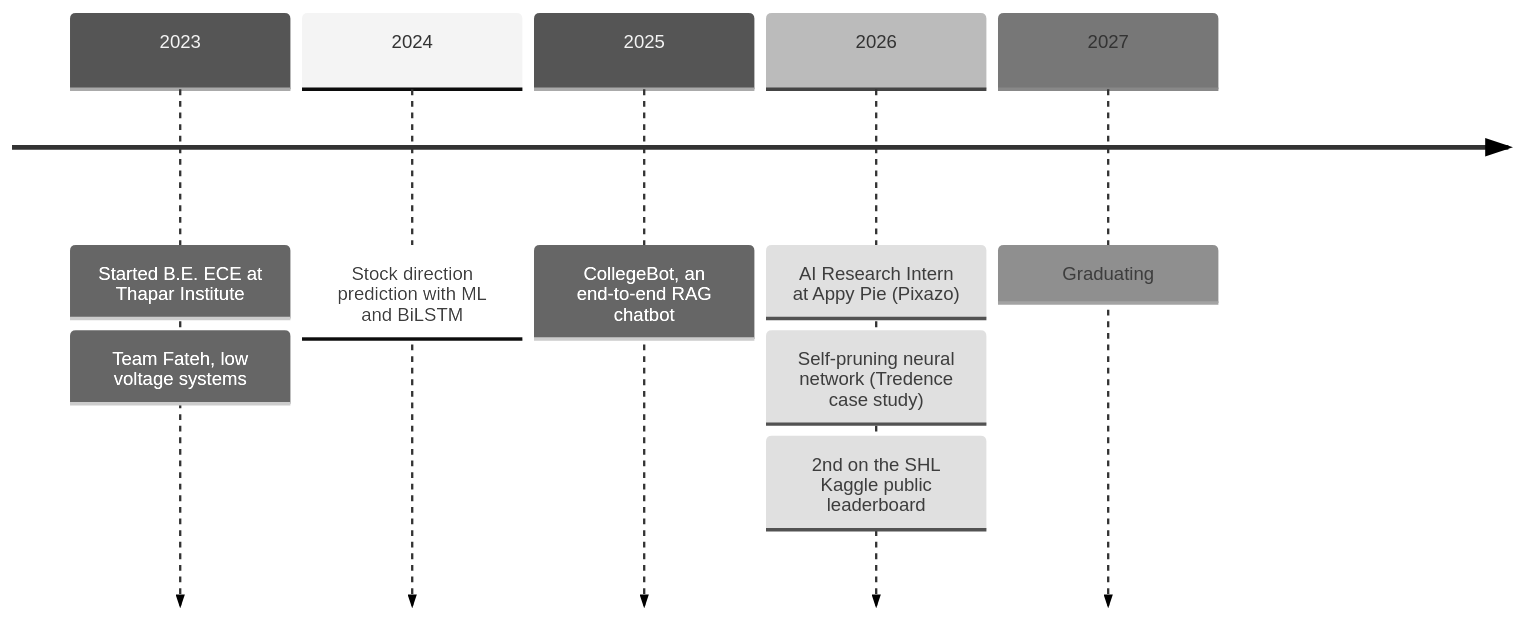
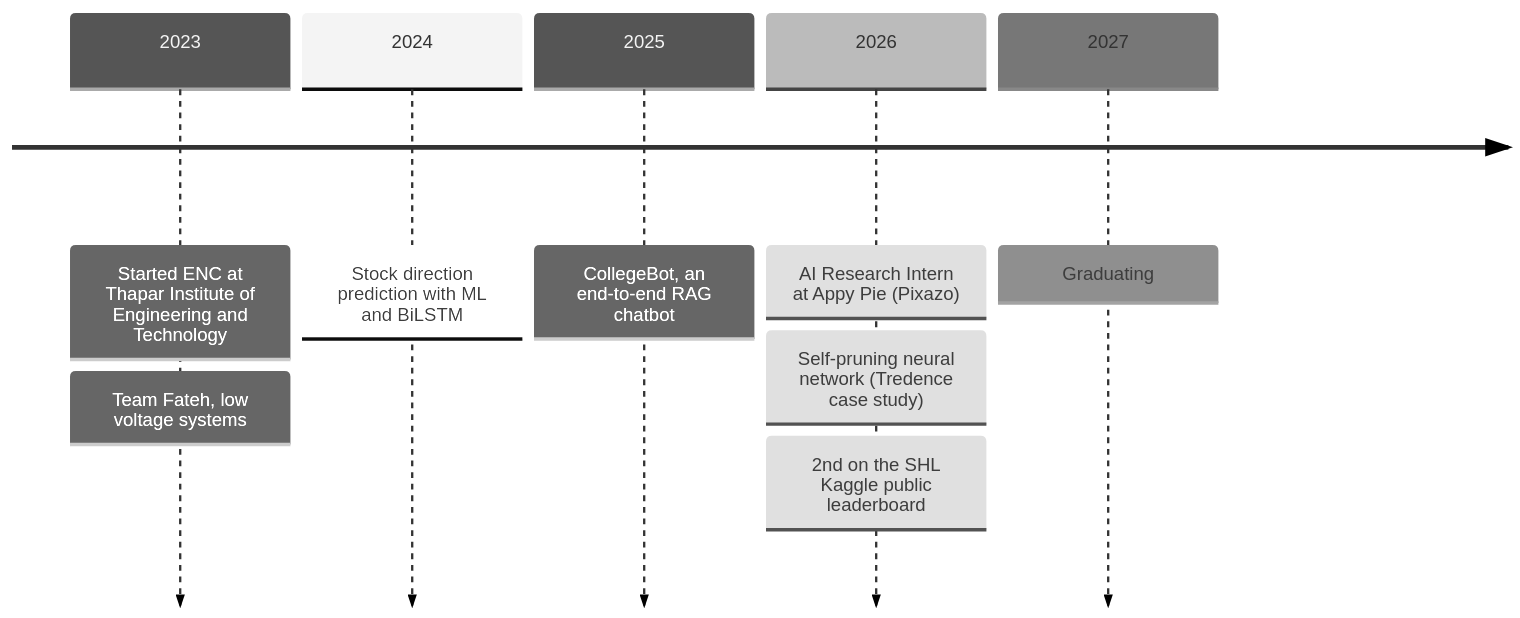
One commit to Techy-A/Techy-A changed the diagram in README.md. Above: the diagram before and after it, drawn with Mermaid (neutral theme). The commit also changed other lines of this file and 3 other files, not shown here.

````diff
--- a/README.md
+++ b/README.md
@@ -41,11 +38,11 @@
 ```mermaid
 timeline
-    2023 : Started B.E. ECE at Thapar Institute
+    2023 : Started ENC at Thapar Institute of Engineering and Technology
          : Team Fateh, low voltage systems
     2024 : Stock direction prediction with ML and BiLSTM
     2025 : CollegeBot, an end-to-end RAG chatbot
     2026 : AI Research Intern at Appy Pie (Pixazo)
          : Self-pruning neural network (Tredence case study)
          : 2nd on the SHL Kaggle public leaderboard
     2027 : Graduating
 ```
````
